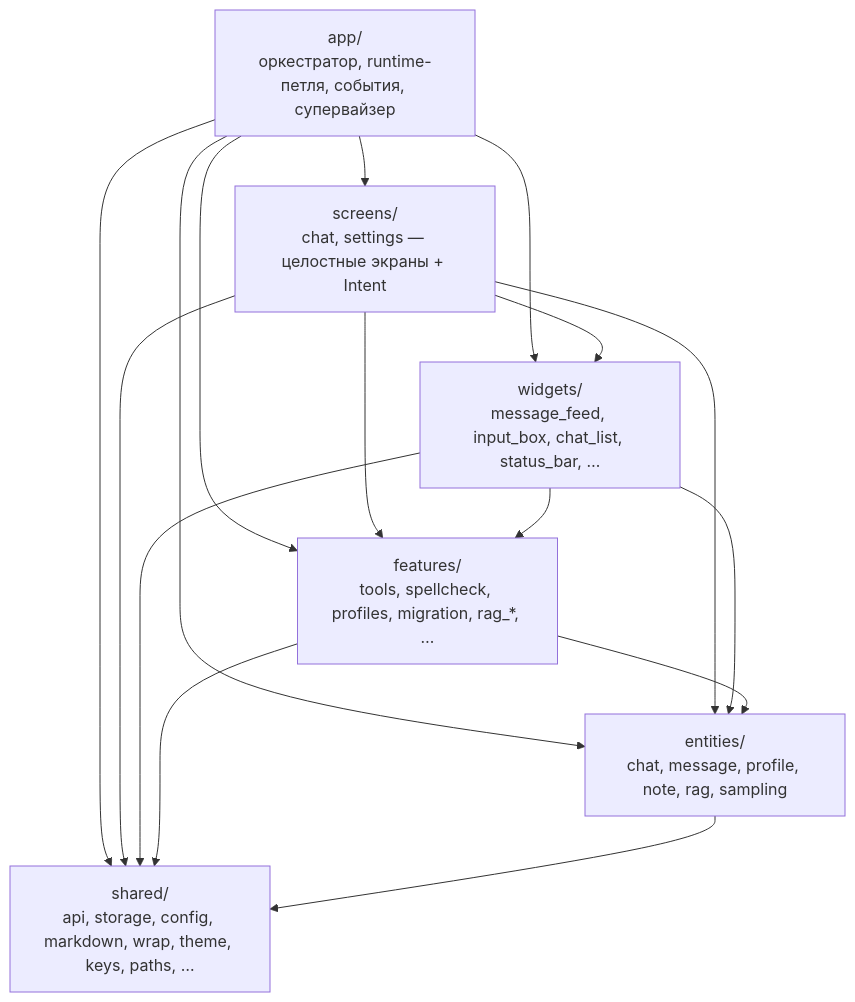
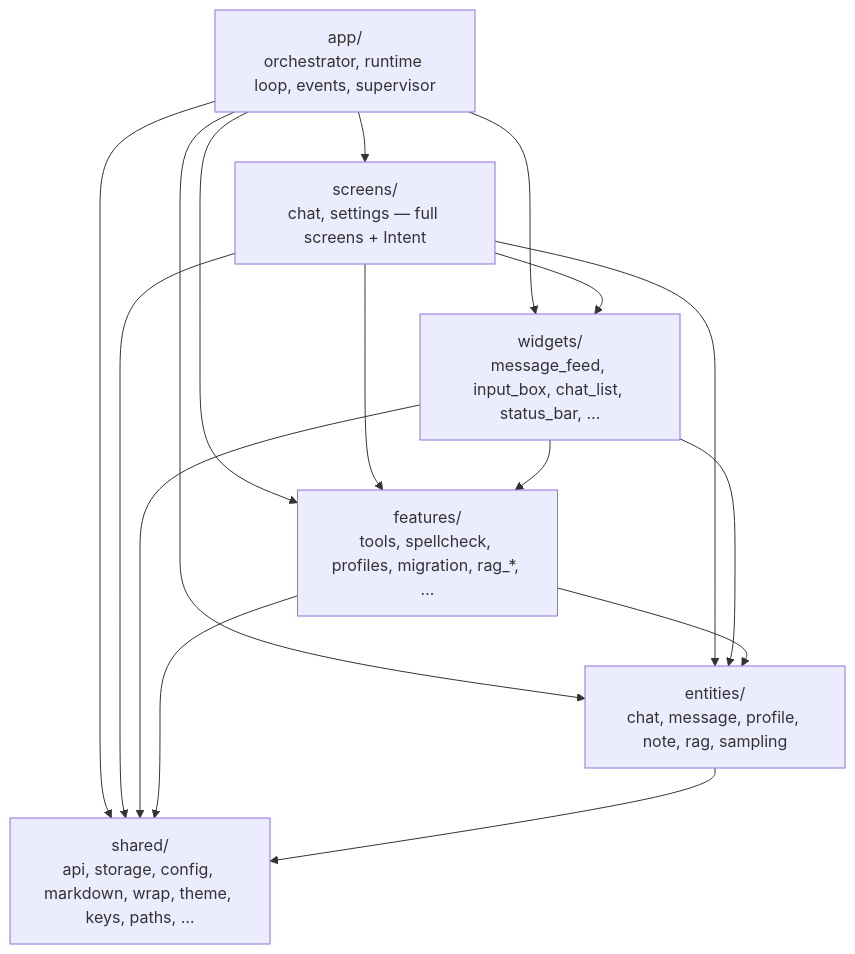
One commit to vshylov/mindfork-rs changed the second of 17 diagrams in docs/architecture.md. Above: the diagram before and after it, drawn with Mermaid. The commit also changed other lines of this file and 18 other files, not shown here.

````diff
--- a/docs/architecture.md
+++ b/docs/architecture.md
@@ -86,25 +88,25 @@
 ```mermaid
 flowchart TD
-    app["app/<br/>оркестратор, runtime-петля, события, супервайзер"]
-    screens["screens/<br/>chat, settings — целостные экраны + Intent"]
+    app["app/<br/>orchestrator, runtime loop, events, supervisor"]
+    screens["screens/<br/>chat, settings — full screens + Intent"]
     widgets["widgets/<br/>message_feed, input_box, chat_list, status_bar, …"]
     features["features/<br/>tools, spellcheck, profiles, migration, rag_*, …"]
     entities["entities/<br/>chat, message, profile, note, rag, sampling"]
     shared["shared/<br/>api, storage, config, markdown, wrap, theme, keys, paths, …"]
 
     app --> screens
     app --> widgets
     app --> features
     app --> entities
     app --> shared
     screens --> widgets
     screens --> features
     screens --> entities
     screens --> shared
     widgets --> features
     widgets --> entities
     widgets --> shared
     features --> entities
     features --> shared
     entities --> shared
 ```
````
